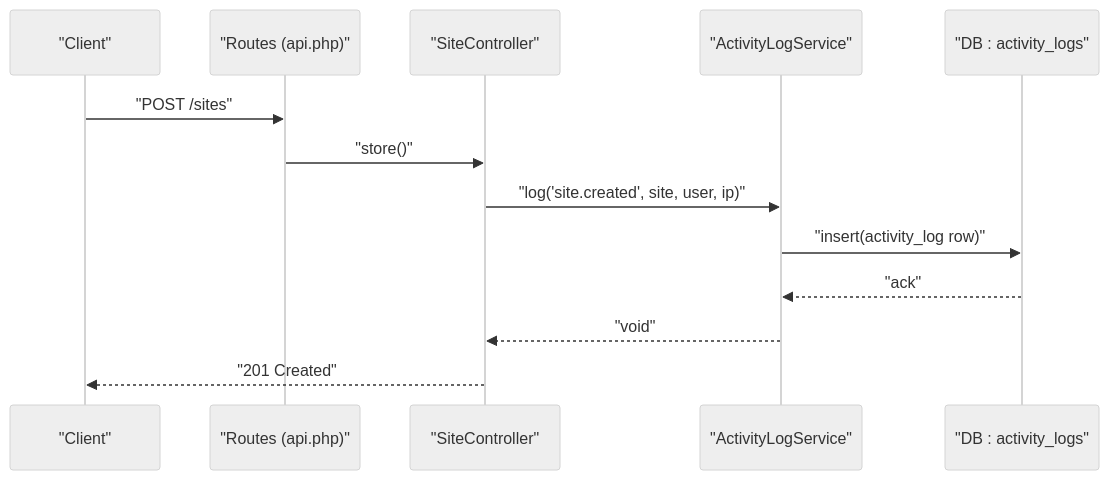
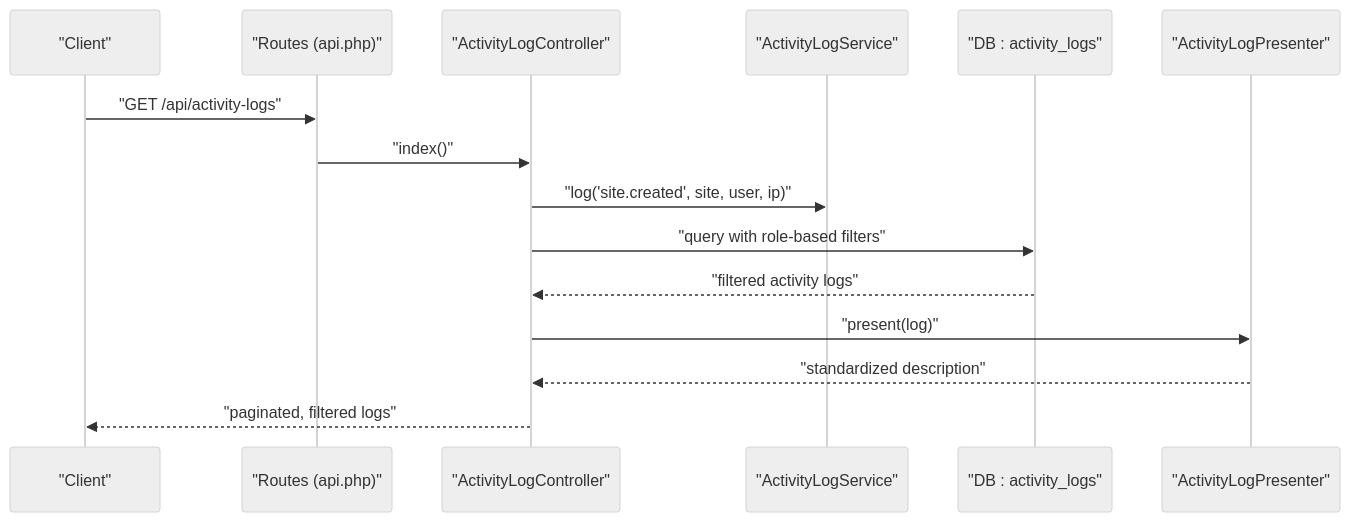
Before and after one commit to FCS-WP/website_portal: the second of 9 diagrams in .qoder/repowiki/en/content/Activity Logging & Auditing/Activity Logging & Auditing.md, drawn with Mermaid (neutral theme). The commit also changed other lines of this file and 30 other files, not shown here.

````diff
--- a/.qoder/repowiki/en/content/Activity Logging & Auditing/Activity Logging & Auditing.md
+++ b/.qoder/repowiki/en/content/Activity Logging & Auditing/Activity Logging & Auditing.md
@@ -127,15 +170,17 @@
 ```mermaid
 sequenceDiagram
 participant Client as "Client"
 participant Route as "Routes (api.php)"
-participant Ctrl as "SiteController"
+participant ALC as "ActivityLogController"
 participant Svc as "ActivityLogService"
 participant DB as "DB : activity_logs"
-Client->>Route : "POST /sites"
-Route->>Ctrl : "store()"
-Ctrl->>Svc : "log('site.created', site, user, ip)"
-Svc->>DB : "insert(activity_log row)"
-DB-->>Svc : "ack"
-Svc-->>Ctrl : "void"
-Ctrl-->>Client : "201 Created"
+participant Pres as "ActivityLogPresenter"
+Client->>Route : "GET /api/activity-logs"
+Route->>ALC : "index()"
+ALC->>Svc : "log('site.created', site, user, ip)"
+ALC->>DB : "query with role-based filters"
+DB-->>ALC : "filtered activity logs"
+ALC->>Pres : "present(log)"
+Pres-->>ALC : "standardized description"
+ALC-->>Client : "paginated, filtered logs"
 ```
````
